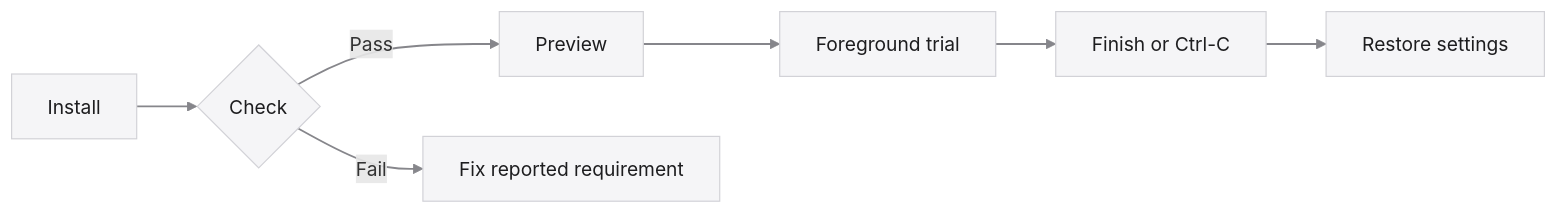
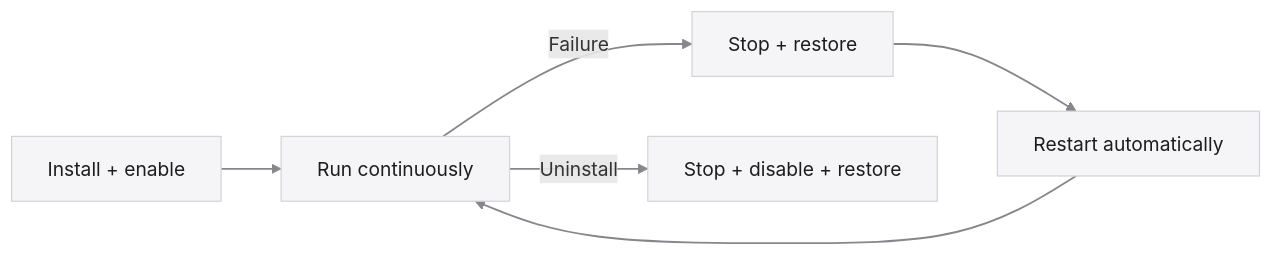
Before and after one commit to Denny-Lin/lerwatt: the first of 2 diagrams in README.md, drawn with Mermaid. The commit also changed other lines of this file and 16 other files, not shown here.

````diff
--- a/README.md
+++ b/README.md
@@ -62,11 +62,10 @@
 ```mermaid
 flowchart LR
-    A[Install] --> B{Check}
-    B -->|Pass| C[Preview]
-    B -->|Fail| D[Fix reported requirement]
-    C --> E[Foreground trial]
-    E --> F[Finish or Ctrl-C]
-    F --> G[Restore settings]
+    A[Install + enable] --> B[Run continuously]
+    B -->|Failure| C[Stop + restore]
+    C --> D[Restart automatically]
+    D --> B
+    B -->|Uninstall| E[Stop + disable + restore]
     classDef default fill:#f5f5f7,stroke:#d2d2d7,color:#1d1d1f
     linkStyle default stroke:#86868b,stroke-width:1.5px
 ```
````
